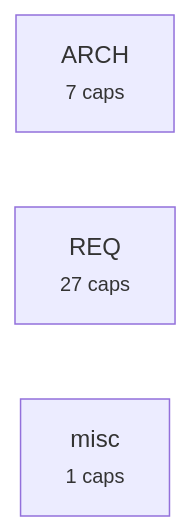
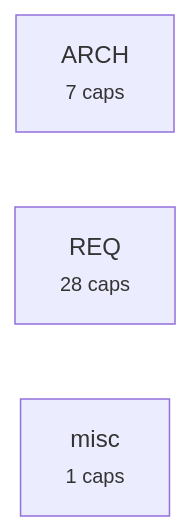
Before and after one commit to alxmax/excalidraw-diagram: the third of 4 diagrams in requirements/_map.md, drawn with Mermaid. The commit also changed other lines of this file and 12 other files, not shown here.

````diff
--- a/requirements/_map.md
+++ b/requirements/_map.md
@@ -119,6 +120,6 @@
 ```mermaid
 graph LR
   a_ARCH["ARCH<br><small>7 caps</small>"]
-  a_REQ["REQ<br><small>27 caps</small>"]
+  a_REQ["REQ<br><small>28 caps</small>"]
   a_misc["misc<br><small>1 caps</small>"]
 ```
````
